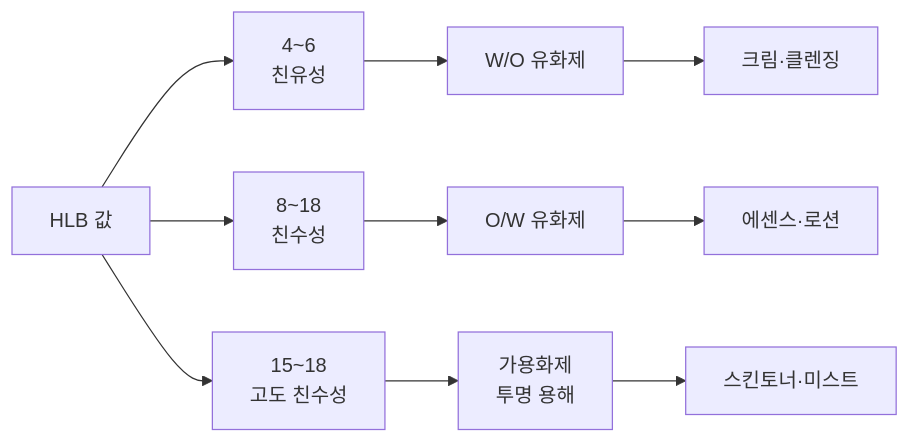
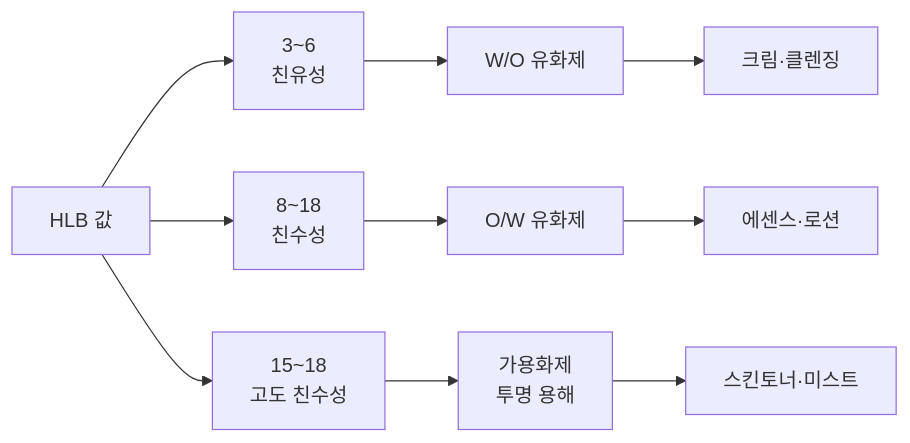
The second of 9 diagrams in content/참조자료/과목2/2과목_Ch01_원료_핵심암기.md (skygoldlee-cyber/Personalized_Skincare), drawn with Mermaid before and after one commit. The commit also changed other lines of this file and 17 other files, not shown here.

````diff
--- a/content/참조자료/과목2/2과목_Ch01_원료_핵심암기.md
+++ b/content/참조자료/과목2/2과목_Ch01_원료_핵심암기.md
@@ -112,12 +112,12 @@
 ```mermaid
 flowchart LR
-  A[HLB 값] --> B["4~6<br/>친유성"]
+  A[HLB 값] --> B["3~6<br/>친유성"]
   A --> C["8~18<br/>친수성"]
   A --> D["15~18<br/>고도 친수성"]
   B --> B1[W/O 유화제]
   C --> C1[O/W 유화제]
   D --> D1[가용화제<br/>투명 용해]
   B1 --> E[크림·클렌징]
   C1 --> F[에센스·로션]
   D1 --> G[스킨토너·미스트]
 ```
````
